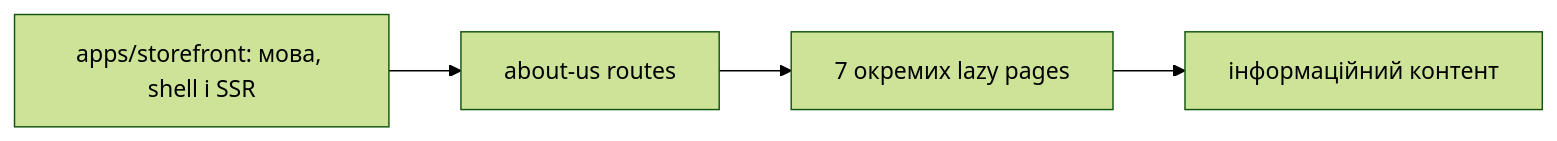
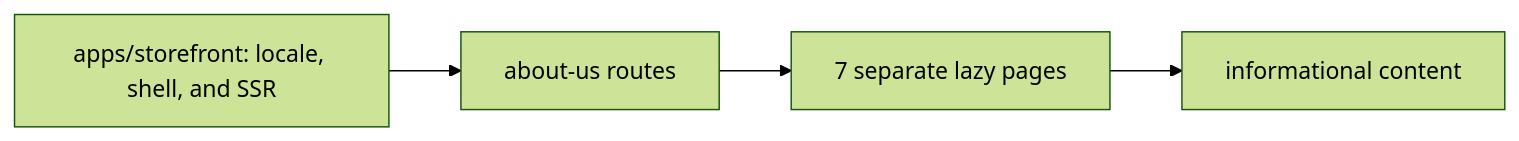
The diagram in docs/features/storefront/information/about-us.md (Weretik/brevi-web), drawn with Mermaid (forest theme) before and after one commit. The commit also changed other lines of this file and 52 other files, not shown here.

Commit message:
docs(frontend): reconcile architecture and feature guidance

````diff
--- a/docs/features/storefront/information/about-us.md
+++ b/docs/features/storefront/information/about-us.md
@@ -9,6 +14,6 @@
 ```mermaid
 flowchart LR
-  App["apps/storefront: мова, shell і SSR"] --> Routes["about-us routes"]
-  Routes --> Pages["7 окремих lazy pages"]
-  Pages --> Content["інформаційний контент"]
+  App["apps/storefront: locale, shell, and SSR"] --> Routes["about-us routes"]
+  Routes --> Pages["7 separate lazy pages"]
+  Pages --> Content["informational content"]
 ```
````
